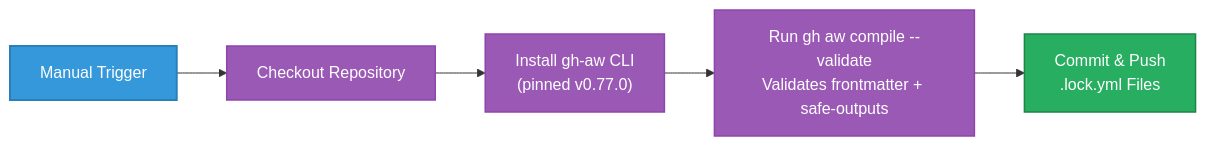
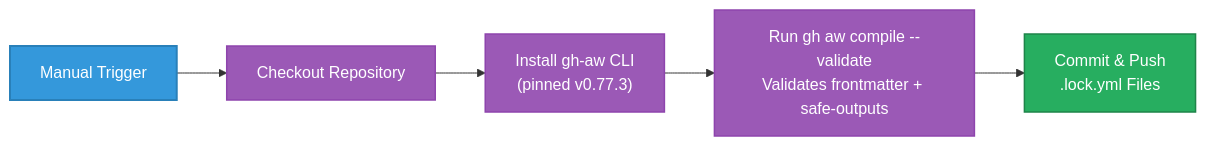
The ninth of 22 diagrams in WORKFLOWS.md (Hack23/euparliamentmonitor), drawn with Mermaid before and after one commit. The commit also changed other lines of this file and 5 other files, not shown here.

````diff
--- a/WORKFLOWS.md
+++ b/WORKFLOWS.md
@@ -1177,15 +1177,15 @@
 ```mermaid
 graph LR
     A[Manual Trigger] --> B[Checkout Repository]
-    B --> C["Install gh-aw CLI<br/>(pinned v0.77.0)"]
+    B --> C["Install gh-aw CLI<br/>(pinned v0.77.3)"]
     C --> D["Run gh aw compile --validate<br/>Validates frontmatter + safe-outputs"]
     D --> E["Commit & Push<br/>.lock.yml Files"]
 
     classDef trigger fill:#3498db,stroke:#2980b9,stroke-width:2px,color:white
     classDef process fill:#9b59b6,stroke:#8e44ad,stroke-width:1.5px,color:white
     classDef output fill:#27ae60,stroke:#1e8449,stroke-width:1.5px,color:white
 
     class A trigger
     class B,C,D process
     class E output
 ```
````
